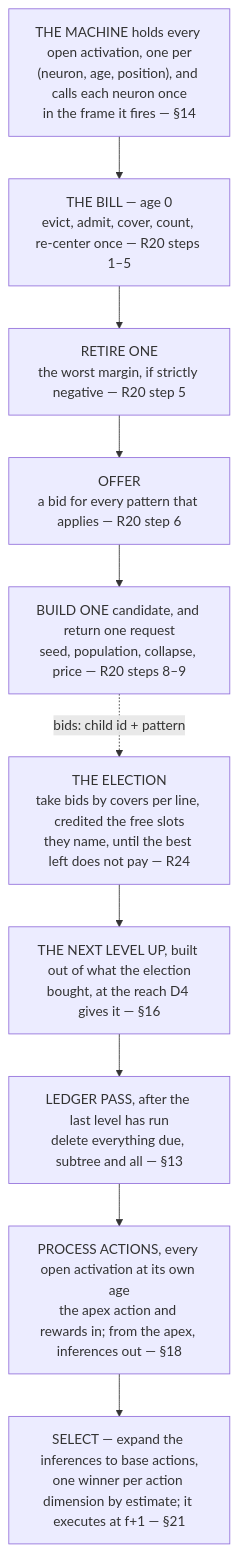
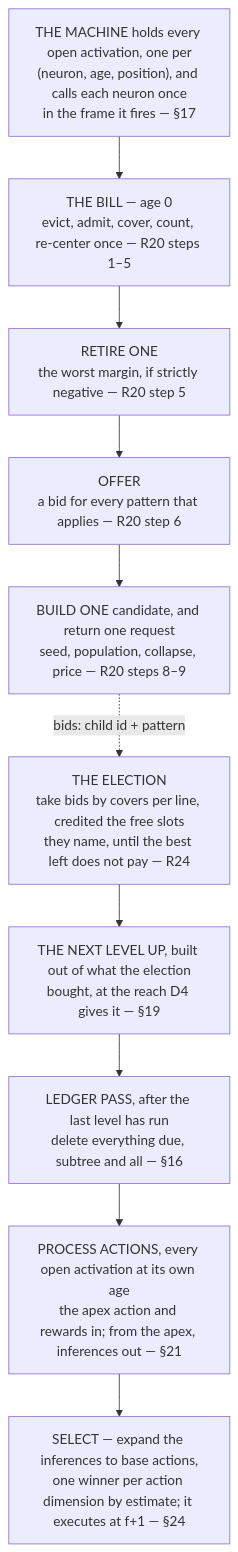
The diagram in docs/algorithm-remarks.md (cucar/robot_brain), drawn with Mermaid before and after one commit. The commit also changed other lines of this file and 4 other files, not shown here.

````diff
--- a/docs/algorithm-remarks.md
+++ b/docs/algorithm-remarks.md
@@ -914,13 +920,13 @@
 ```mermaid
 flowchart TD
-    A["THE MACHINE holds every open activation, one per<br/>(neuron, age, position), and calls each neuron once<br/>in the frame it fires — §14"]
+    A["THE MACHINE holds every open activation, one per<br/>(neuron, age, position), and calls each neuron once<br/>in the frame it fires — §17"]
     A --> B["THE BILL — age 0<br/>evict, admit, cover, count, re-center once — R20 steps 1–5"]
     B --> DEL["RETIRE ONE<br/>the worst margin, if strictly negative — R20 step 5"]
     DEL --> P["OFFER<br/>a bid for every pattern that applies — R20 step 6"]
     P --> M["BUILD ONE candidate, and return one request<br/>seed, population, collapse, price — R20 steps 8–9"]
     M -.->|"bids: child id + pattern"| X["THE ELECTION<br/>take bids by covers per line, credited the free slots<br/>they name, until the best left does not pay — R24"]
-    X --> O["THE NEXT LEVEL UP, built out of what the election<br/>bought, at the reach D4 gives it — §16"]
-    O --> Z["LEDGER PASS, after the last level has run<br/>delete everything due, subtree and all — §13"]
-    Z --> W["PROCESS ACTIONS, every open activation at its own age<br/>the apex action and rewards in; from the apex, inferences out — §18"]
-    W --> S["SELECT — expand the inferences to base actions,<br/>one winner per action dimension by estimate; it executes at f+1 — §21"]
+    X --> O["THE NEXT LEVEL UP, built out of what the election<br/>bought, at the reach D4 gives it — §19"]
+    O --> Z["LEDGER PASS, after the last level has run<br/>delete everything due, subtree and all — §16"]
+    Z --> W["PROCESS ACTIONS, every open activation at its own age<br/>the apex action and rewards in; from the apex, inferences out — §21"]
+    W --> S["SELECT — expand the inferences to base actions,<br/>one winner per action dimension by estimate; it executes at f+1 — §24"]
 ```
````
